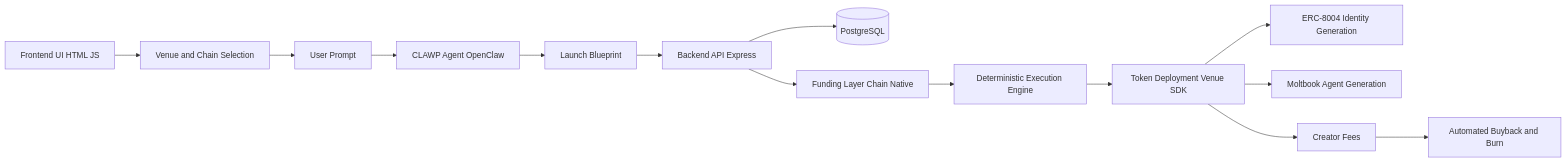
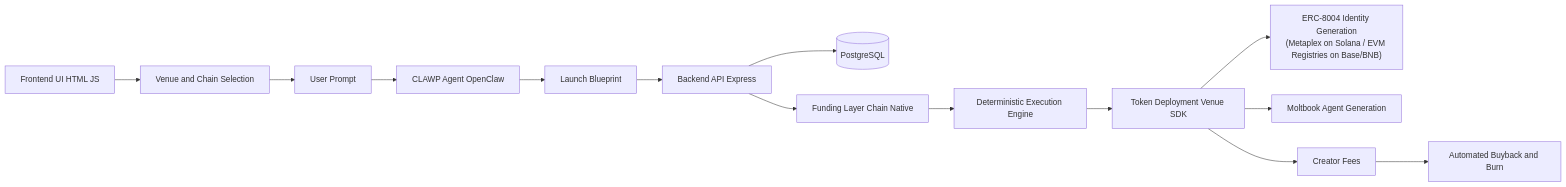
The diagram in README.md (Clawpad/clawp.ad), drawn with Mermaid before and after one commit. The commit also changed other lines of this file, not shown here.

Commit message:
add chain-specific ERC-8004 identity handling for Solana with Metaplex minting and MagicEden listing

````diff
--- a/README.md
+++ b/README.md
@@ -21,40 +21,40 @@
-```mermaid
+``` mermaid
 flowchart LR
     FE[Frontend UI HTML JS]
 
     V[Venue and Chain Selection]
 
     U[User Prompt]
     A[CLAWP Agent OpenClaw]
 
     B[Launch Blueprint]
 
     BE[Backend API Express]
     DB[(PostgreSQL)]
 
     FND[Funding Layer Chain Native]
     EX[Deterministic Execution Engine]
 
     DPL[Token Deployment Venue SDK]
 
-    ID8004[ERC-8004 Identity Generation]
+    ID8004["ERC-8004 Identity Generation<br>(Metaplex on Solana / EVM Registries on Base/BNB)"]
     AG[Moltbook Agent Generation]
     FEES[Creator Fees]
     BB[Automated Buyback and Burn]
 
     FE --> V
     V --> U
     U --> A
     A --> B
     B --> BE
     BE --> DB
 
     BE --> FND
     FND --> EX
     EX --> DPL
 
     DPL --> ID8004
     DPL --> AG
     DPL --> FEES
     FEES --> BB
 ```
````
